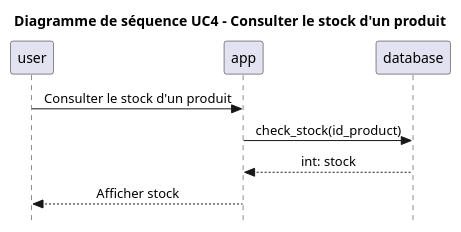
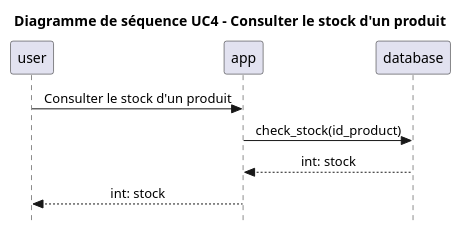
Before and after one commit to LojanArunasalam/LOG430-Lab1: the diagram in docs/diagrams/sequence_diagram_UC4.puml, drawn with PlantUML. The commit also changed 7 other files, not shown here.

```diff
--- a/docs/diagrams/sequence_diagram_UC4.puml
+++ b/docs/diagrams/sequence_diagram_UC4.puml
@@ -1,18 +1,18 @@
 @startuml
 skinparam style strictuml
 skinparam defaultfontname Verdana
 skinparam sequence {
     MessageAlign center
 }
 title Diagramme de séquence UC4 - Consulter le stock d'un produit
 
 participant "user" as user
 participant "app" as app
 participant "database" as db 
 
 user -> app : Consulter le stock d'un produit 
 app -> db : check_stock(id_product)
 db --> app : int: stock
-app --> user : Afficher stock 
+app --> user : int: stock
 
 @enduml
```
